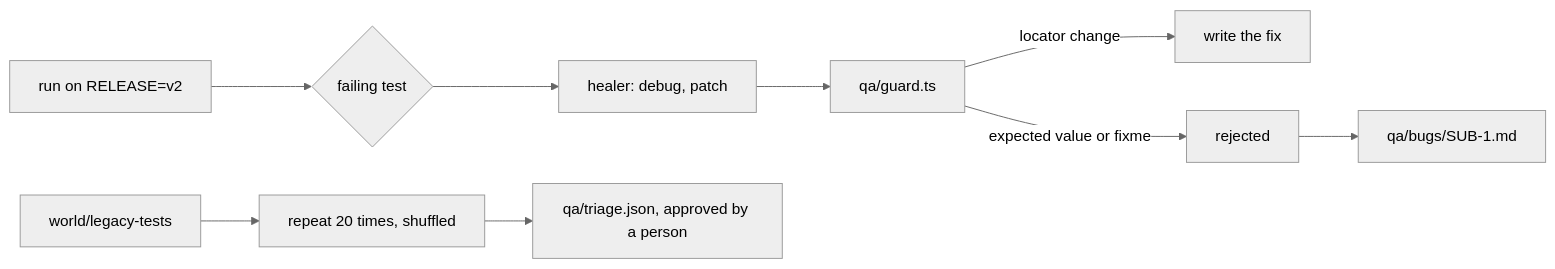
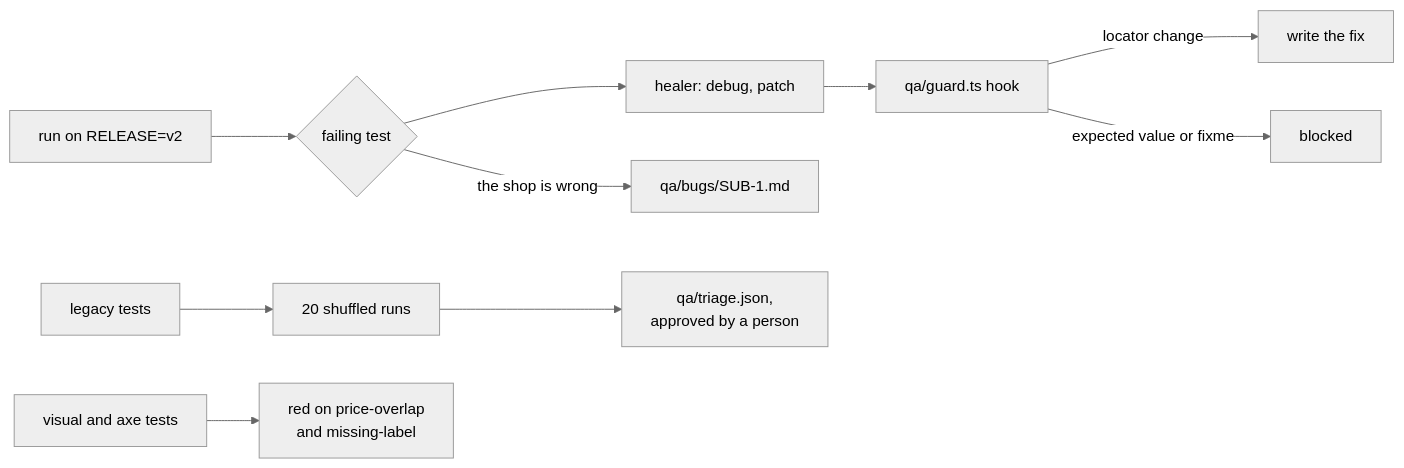
One commit to learnwithparam/agentic-qa-workshop changed the diagram in parts/03-keep-the-suite-healthy/README.md. Above: the diagram before and after it, drawn with Mermaid (neutral theme). The commit also changed other lines of this file and 197 other files, not shown here.

````diff
--- a/parts/03-keep-the-suite-healthy/README.md
+++ b/parts/03-keep-the-suite-healthy/README.md
@@ -28,10 +37,11 @@
 ```mermaid
 flowchart LR
   R[run on RELEASE=v2] --> F{failing test}
   F --> H[healer: debug, patch]
-  H --> G[qa/guard.ts]
+  H --> G[qa/guard.ts hook]
   G -->|locator change| W[write the fix]
-  G -->|expected value or fixme| X[rejected]
-  X --> BR[qa/bugs/SUB-1.md]
-  L[world/legacy-tests] --> T[repeat 20 times, shuffled] --> TR[qa/triage.json, approved by a person]
+  G -->|expected value or fixme| X[blocked]
+  F -->|the shop is wrong| BR[qa/bugs/SUB-1.md]
+  L[legacy tests] --> T[20 shuffled runs] --> TR[qa/triage.json,<br/>approved by a person]
+  V[visual and axe tests] --> B[red on price-overlap<br/>and missing-label]
 ```
````
